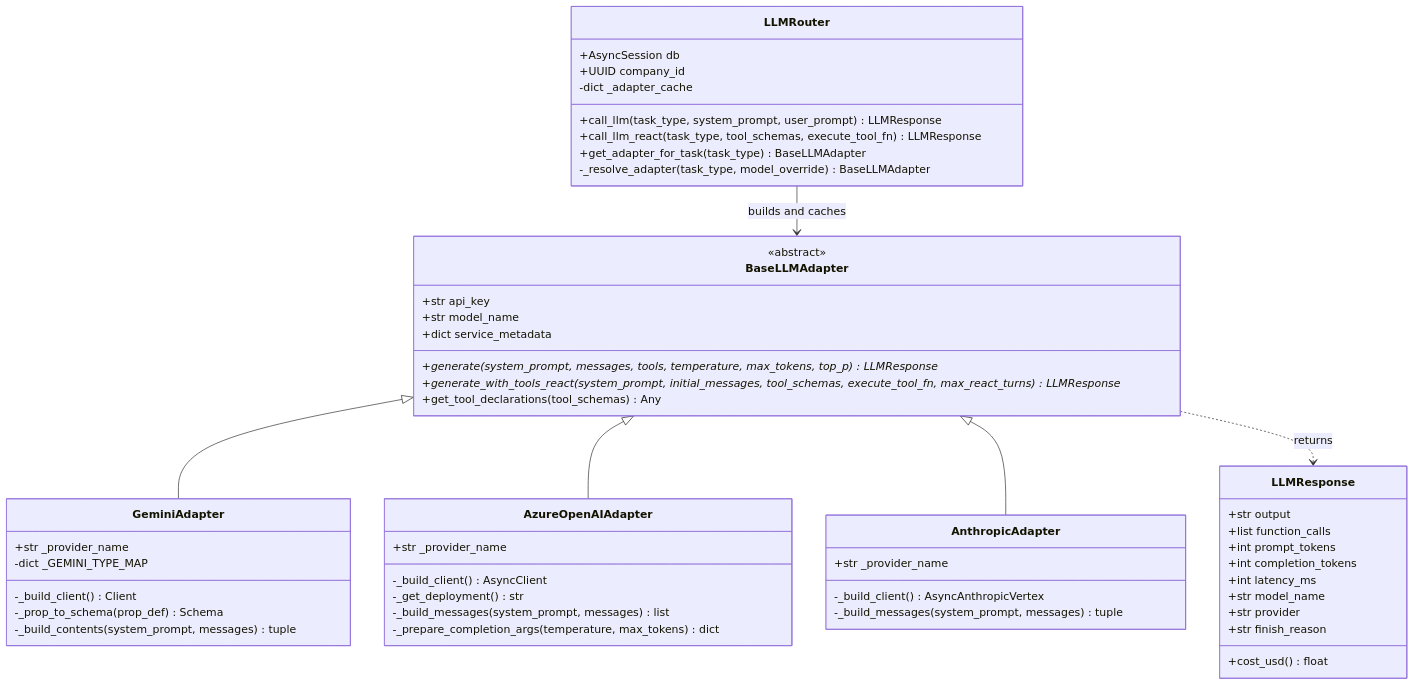
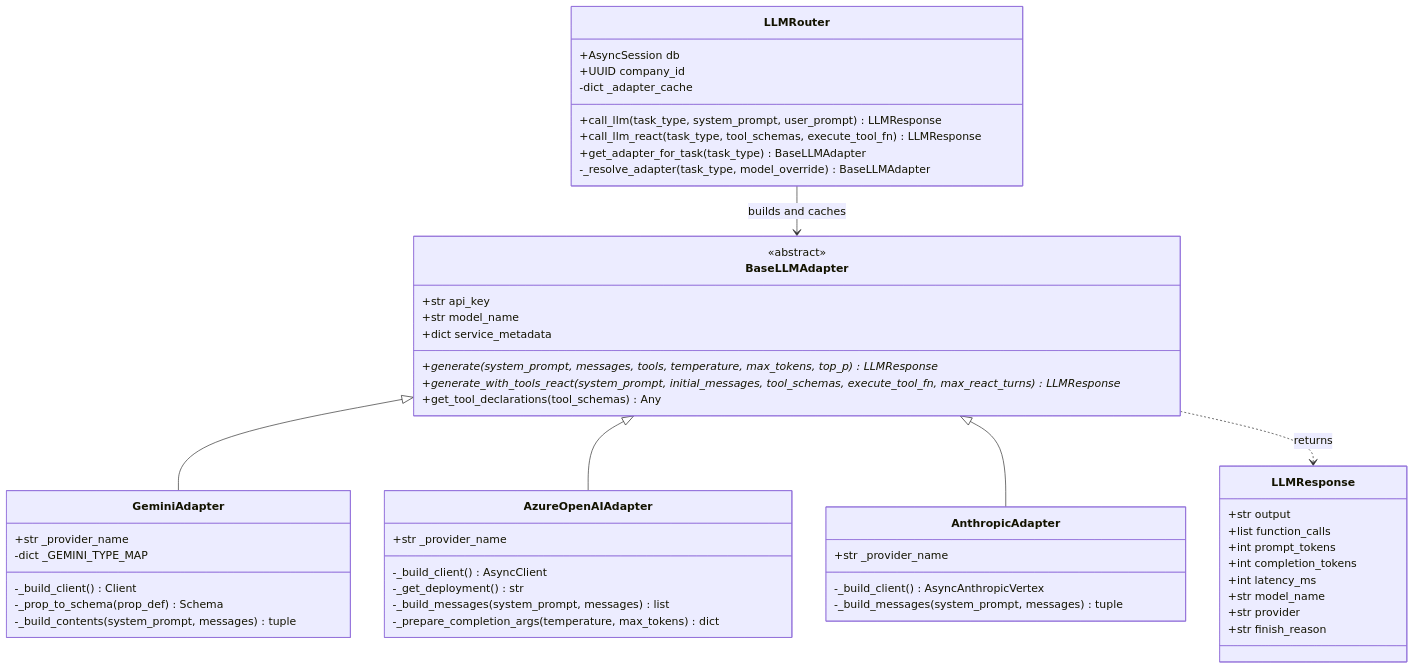
One commit to gondolerahul/hire-buddha-app changed the eighth of 23 diagrams in docs/current/10-llm-providers.md. Above: the diagram before and after it, drawn with Mermaid. The commit also changed other lines of this file and 11 other files, not shown here.

First line of the commit message:
refactor(llm): delete the always-zero LLMResponse.cost_usd and the uncalled reasoning registry (LP-02, LP-14, LP-13)

````diff
--- a/docs/current/10-llm-providers.md
+++ b/docs/current/10-llm-providers.md
@@ -617,57 +617,56 @@
 ```mermaid
 classDiagram
     class BaseLLMAdapter {
         <<abstract>>
         +str api_key
         +str model_name
         +dict service_metadata
         +generate(system_prompt, messages, tools, temperature, max_tokens, top_p)* LLMResponse
         +generate_with_tools_react(system_prompt, initial_messages, tool_schemas, execute_tool_fn, max_react_turns)* LLMResponse
         +get_tool_declarations(tool_schemas) Any
     }
     class GeminiAdapter {
         +str _provider_name
         -dict _GEMINI_TYPE_MAP
         -_build_client() Client
         -_prop_to_schema(prop_def) Schema
         -_build_contents(system_prompt, messages) tuple
     }
     class AzureOpenAIAdapter {
         +str _provider_name
         -_build_client() AsyncClient
         -_get_deployment() str
         -_build_messages(system_prompt, messages) list
         -_prepare_completion_args(temperature, max_tokens) dict
     }
     class AnthropicAdapter {
         +str _provider_name
         -_build_client() AsyncAnthropicVertex
         -_build_messages(system_prompt, messages) tuple
     }
     class LLMResponse {
         +str output
         +list function_calls
         +int prompt_tokens
         +int completion_tokens
         +int latency_ms
         +str model_name
         +str provider
         +str finish_reason
-        +cost_usd() float
     }
     class LLMRouter {
         +AsyncSession db
         +UUID company_id
         -dict _adapter_cache
         +call_llm(task_type, system_prompt, user_prompt) LLMResponse
         +call_llm_react(task_type, tool_schemas, execute_tool_fn) LLMResponse
         +get_adapter_for_task(task_type) BaseLLMAdapter
         -_resolve_adapter(task_type, model_override) BaseLLMAdapter
     }
 
     BaseLLMAdapter <|-- GeminiAdapter
     BaseLLMAdapter <|-- AzureOpenAIAdapter
     BaseLLMAdapter <|-- AnthropicAdapter
     LLMRouter --> BaseLLMAdapter : builds and caches
     BaseLLMAdapter ..> LLMResponse : returns
 ```
````
